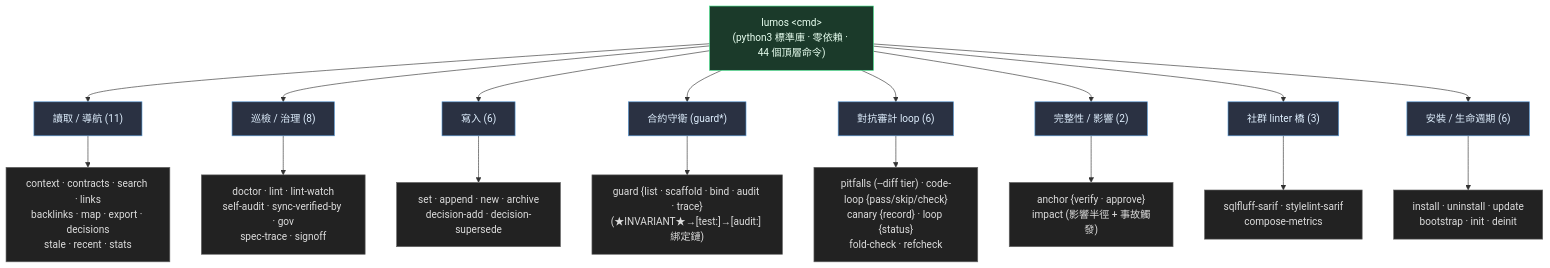
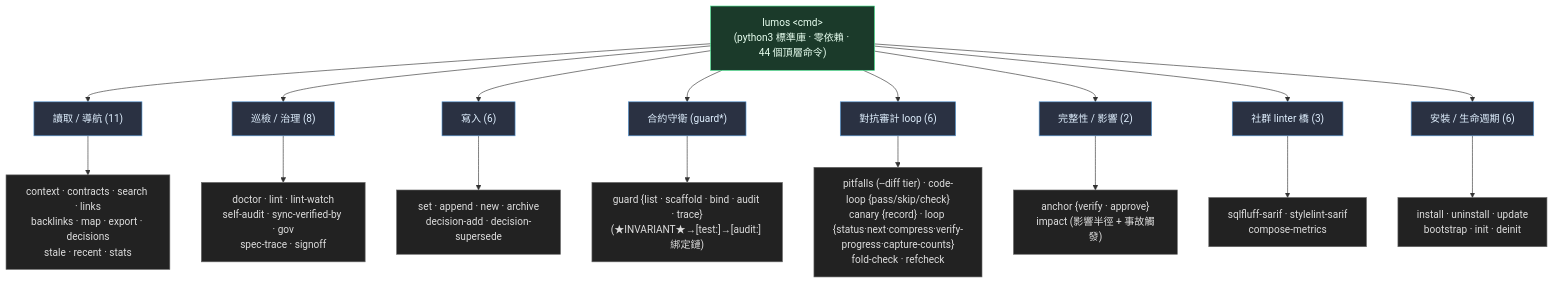
The third of 4 diagrams in ARCHITECTURE.md (EnzoHsieh-Android/Lumos), drawn with Mermaid before and after one commit. The commit also changed 16 other files, not shown here.

````diff
--- a/ARCHITECTURE.md
+++ b/ARCHITECTURE.md
@@ -99,29 +99,29 @@
 ```mermaid
 flowchart TB
     ROOT["lumos &lt;cmd&gt;<br/>(python3 標準庫 · 零依賴 · 44 個頂層命令)"]
 
     ROOT --> READ["讀取 / 導航 (11)"]
     ROOT --> HEALTH["巡檢 / 治理 (8)"]
     ROOT --> WRITE["寫入 (6)"]
     ROOT --> GUARD["合約守衛 (guard*)"]
     ROOT --> LOOP["對抗審計 loop (6)"]
     ROOT --> INTEG["完整性 / 影響 (2)"]
     ROOT --> SARIF["社群 linter 橋 (3)"]
     ROOT --> LIFE["安裝 / 生命週期 (6)"]
 
     READ --> R["context · contracts · search · links<br/>backlinks · map · export · decisions<br/>stale · recent · stats"]
     HEALTH --> H["doctor · lint · lint-watch<br/>self-audit · sync-verified-by · gov<br/>spec-trace · signoff"]
     WRITE --> W["set · append · new · archive<br/>decision-add · decision-supersede"]
     GUARD --> G["guard {list · scaffold · bind · audit · trace}<br/>(★INVARIANT★→[test:]→[audit:] 綁定鏈)"]
-    LOOP --> LP["pitfalls (--diff tier) · code-loop {pass/skip/check}<br/>canary {record} · loop {status}<br/>fold-check · refcheck"]
+    LOOP --> LP["pitfalls (--diff tier) · code-loop {pass/skip/check}<br/>canary {record} · loop {status·next·compress·verify-progress·capture-counts}<br/>fold-check · refcheck"]
     INTEG --> I["anchor {verify · approve}<br/>impact (影響半徑 + 事故觸發)"]
     SARIF --> ST["sqlfluff-sarif · stylelint-sarif<br/>compose-metrics"]
     LIFE --> L["install · uninstall · update<br/>bootstrap · init · deinit"]
 
     classDef root fill:#1b3a2a,stroke:#3ddc84,color:#e8fff0
     classDef cat fill:#2a3142,stroke:#5a9bd6,color:#e0f0ff
     classDef leaf fill:#222,stroke:#666,color:#ddd
     class ROOT root
     class READ,HEALTH,WRITE,GUARD,LOOP,INTEG,SARIF,LIFE cat
     class R,H,W,G,LP,I,ST,L leaf
 ```
````
